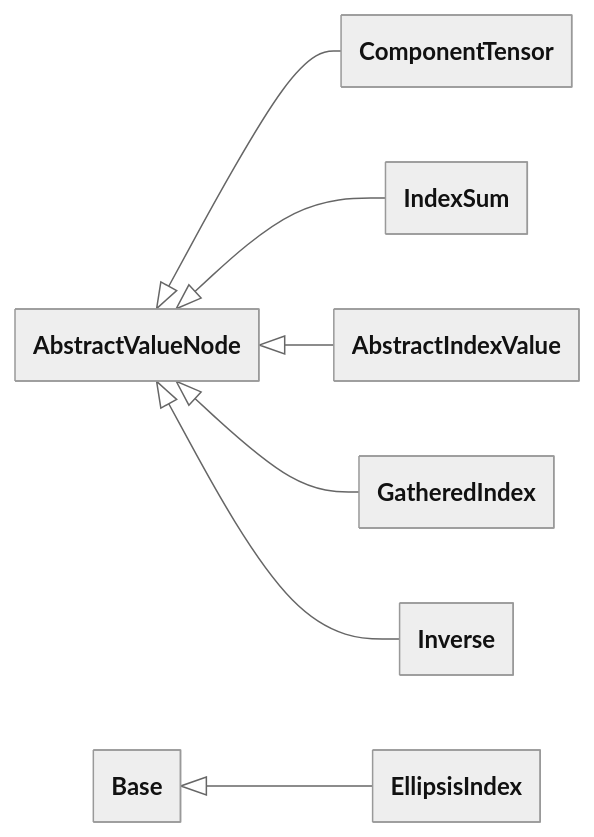
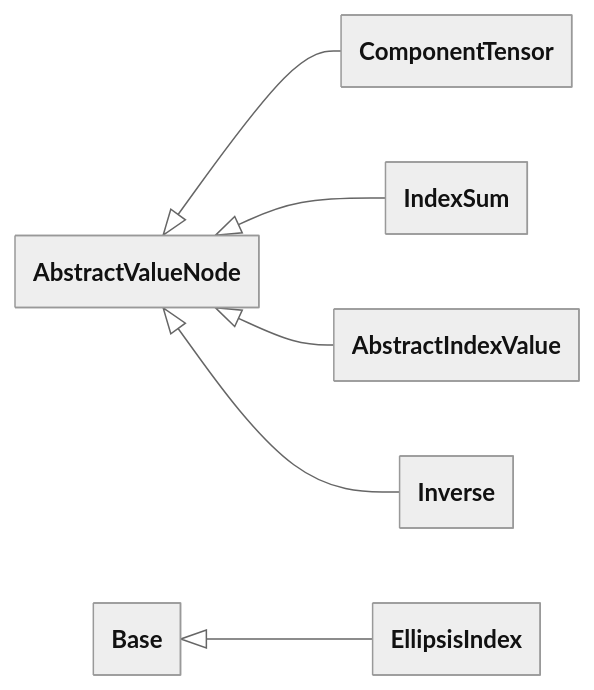
The fifth of 12 diagrams in design/language.md (FEniCS/uflx), drawn with Mermaid before and after one commit. The commit also changed other lines of this file and 2 other files, not shown here.

Commit message:
Remove GatheredIndex from language.

````diff
--- a/design/language.md
+++ b/design/language.md
@@ -4330,20 +4326,19 @@
 ```mermaid
 ---
 config:
   theme: neutral
   look: classic
   class:
     theme: neutral
     look: classic
     hideEmptyMembersBox: true
 ---
 classDiagram
     direction LR
     accTitle: Algebra class hierarchy (3 of 3)
     AbstractValueNode <|-- ComponentTensor
     AbstractValueNode <|-- IndexSum
     Base <|-- EllipsisIndex
     AbstractValueNode <|-- AbstractIndexValue
-    AbstractValueNode <|-- GatheredIndex
     AbstractValueNode <|-- Inverse
 ```
````
